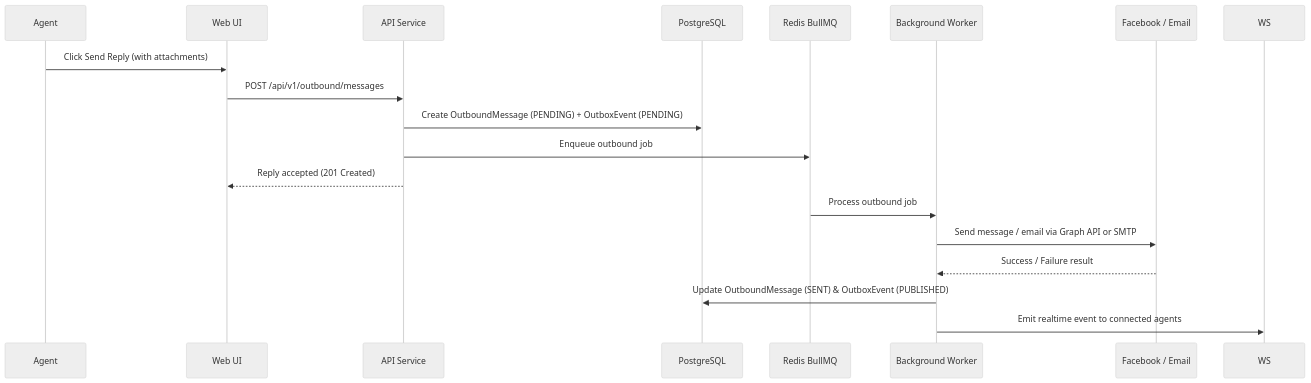
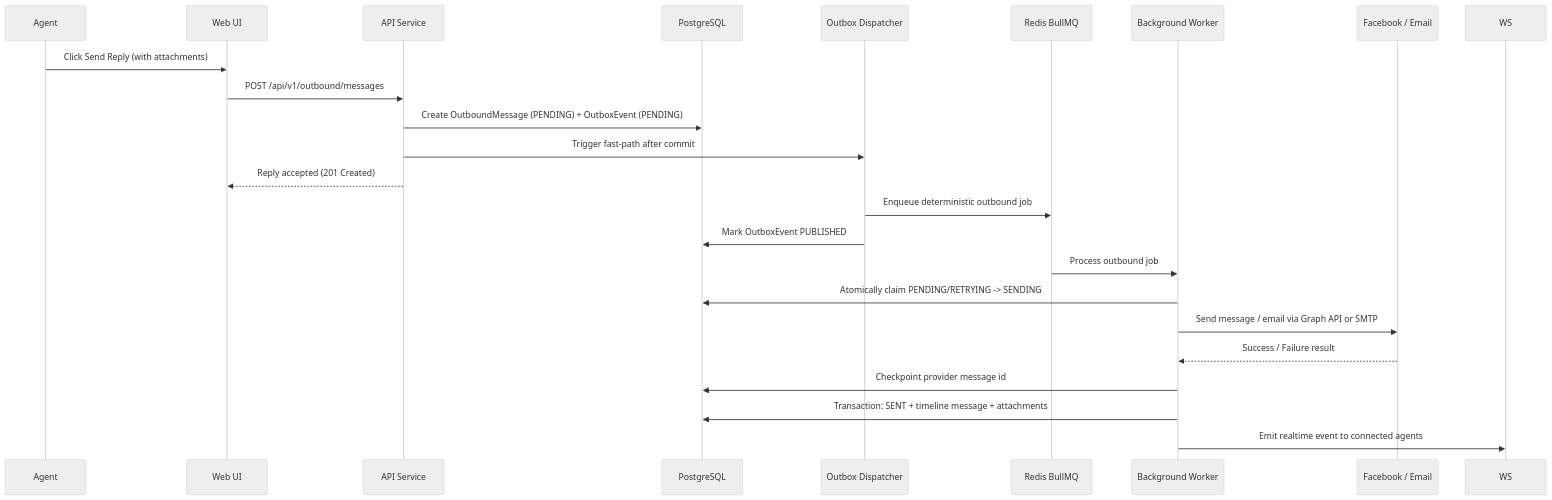
Before and after one commit to tbnguyen274/omnidesk: the fourth of 6 diagrams in docs/architecture.md, drawn with Mermaid (neutral theme). The commit also changed other lines of this file and 3 other files, not shown here.

````diff
--- a/docs/architecture.md
+++ b/docs/architecture.md
@@ -374,21 +374,26 @@
 ```mermaid
 sequenceDiagram
     participant Agent
     participant FE as Web UI
     participant API as API Service
     participant DB as PostgreSQL
+    participant Dispatcher as Outbox Dispatcher
     participant Queue as Redis BullMQ
     participant Worker as Background Worker
     participant Provider as Facebook / Email
 
     Agent->>FE: Click Send Reply (with attachments)
     FE->>API: POST /api/v1/outbound/messages
     API->>DB: Create OutboundMessage (PENDING) + OutboxEvent (PENDING)
-    API->>Queue: Enqueue outbound job
+    API->>Dispatcher: Trigger fast-path after commit
     API-->>FE: Reply accepted (201 Created)
+    Dispatcher->>Queue: Enqueue deterministic outbound job
+    Dispatcher->>DB: Mark OutboxEvent PUBLISHED
     Queue->>Worker: Process outbound job
+    Worker->>DB: Atomically claim PENDING/RETRYING -> SENDING
     Worker->>Provider: Send message / email via Graph API or SMTP
     Provider-->>Worker: Success / Failure result
-    Worker->>DB: Update OutboundMessage (SENT) & OutboxEvent (PUBLISHED)
+    Worker->>DB: Checkpoint provider message id
+    Worker->>DB: Transaction: SENT + timeline message + attachments
     Worker->>WS: Emit realtime event to connected agents
 ```
````
